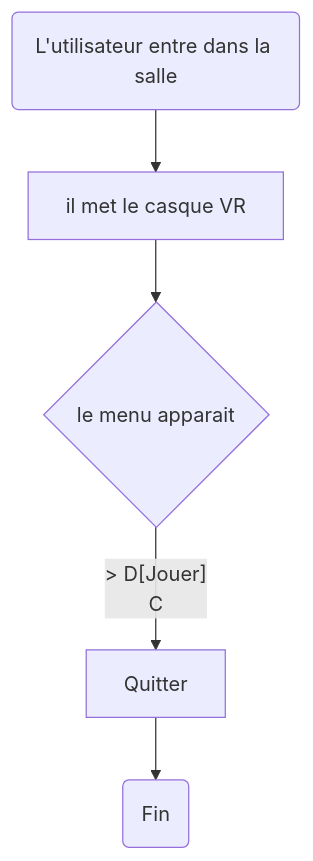
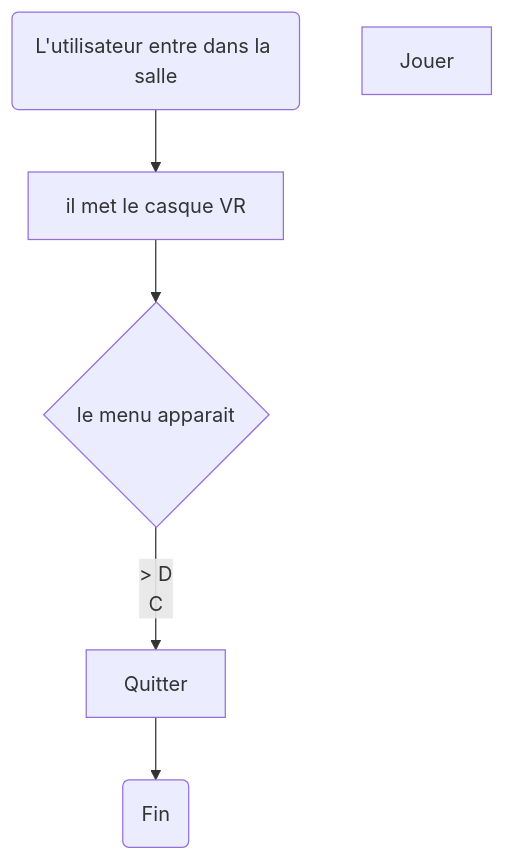
The diagram in README.md (samesthumain/sac-de-sable), drawn with Mermaid before and after one commit.

````diff
--- a/README.md
+++ b/README.md
@@ -5,8 +5,9 @@
 ```mermaid
 flowchart TD
     A(L'utilisateur entre dans la salle) --> B[il met le casque VR]
     B --> C{le menu apparait}
-    C --­­­­> D[Jouer]
+    C --­­­­> D
     C --> E[Quitter]
     E --> G(Fin)
+    D[Jouer]
 ```
````
